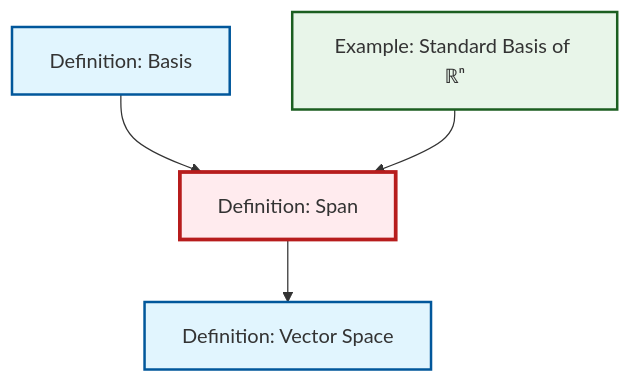
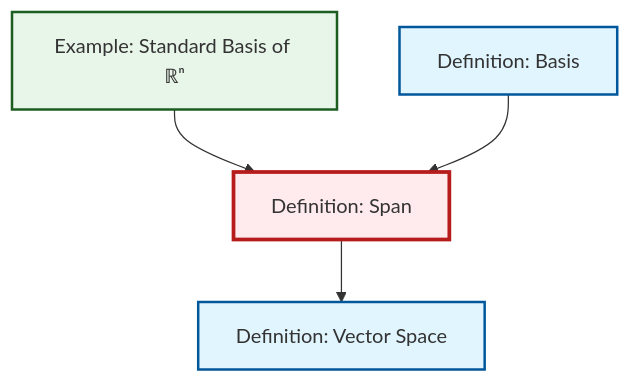
One commit to RK0429/ModernMath changed the diagram in content/en/algebra/def-span.qmd. Above: the diagram before and after it, drawn with Mermaid. The commit also changed other lines of this file and 434 other files, not shown here.

````diff
--- a/content/en/algebra/def-span.qmd
+++ b/content/en/algebra/def-span.qmd
@@ -47,20 +47,20 @@
 ```{mermaid}
 %%| fig-cap: "Local dependency graph"
 graph TD
     classDef definition fill:#e1f5fe,stroke:#01579b,stroke-width:2px
     classDef theorem fill:#f3e5f5,stroke:#4a148c,stroke-width:2px
     classDef axiom fill:#fff3e0,stroke:#e65100,stroke-width:2px
     classDef example fill:#e8f5e9,stroke:#1b5e20,stroke-width:2px
     classDef current fill:#ffebee,stroke:#b71c1c,stroke-width:3px
-    def-span["Definition: Span"]:::definition
+    def-basis["Definition: Basis"]:::definition
     def-vector-space["Definition: Vector Space"]:::definition
     ex-standard-basis-rn["Example: Standard Basis of ℝⁿ"]:::example
-    def-basis["Definition: Basis"]:::definition
+    def-span["Definition: Span"]:::definition
+    def-span --> def-vector-space
+    ex-standard-basis-rn --> def-span
     def-basis --> def-span
-    ex-standard-basis-rn --> def-span
-    def-span --> def-vector-space
     class def-span current
+    click def-basis "def-basis.html" "Go to Basis definition"
     click def-vector-space "def-vector-space.html" "Go to Vector Space definition"
     click ex-standard-basis-rn "ex-standard-basis-rn.html" "Go to Standard Basis of ℝⁿ example"
-    click def-basis "def-basis.html" "Go to Basis definition"
 ```
````
